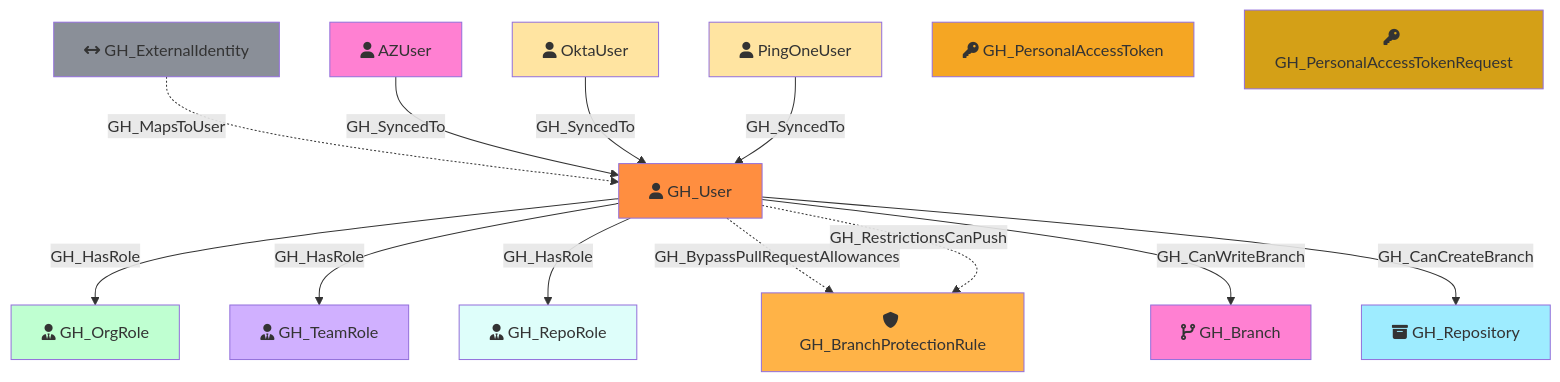
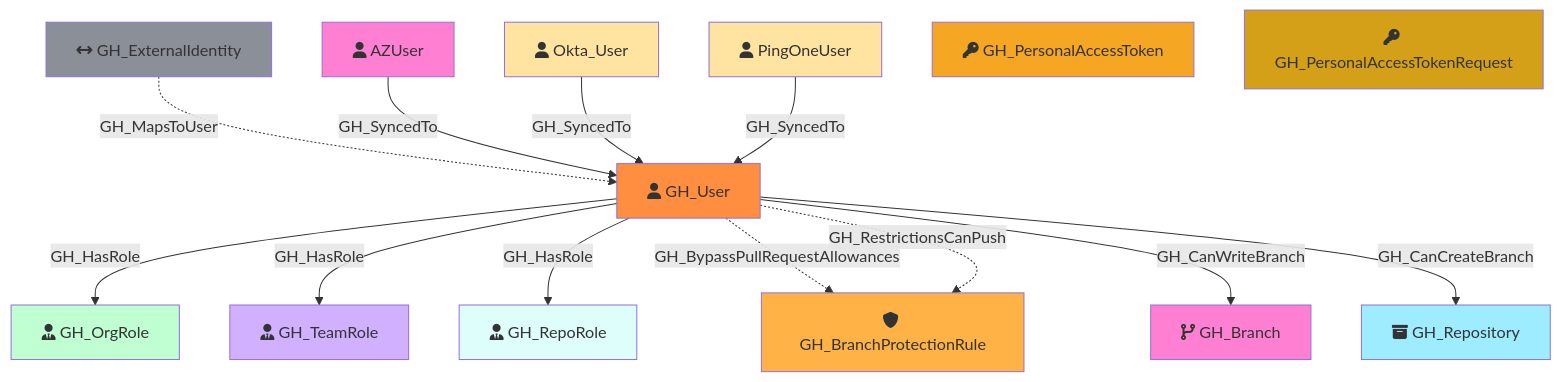
The diagram in Documentation/NodeDescriptions/GH_User.md (SpecterOps/GitHound), drawn with Mermaid before and after one commit. The commit also changed 9 other files, not shown here.

````diff
--- a/Documentation/NodeDescriptions/GH_User.md
+++ b/Documentation/NodeDescriptions/GH_User.md
@@ -51,46 +51,46 @@
 ```mermaid
 flowchart TD
     GH_User[fa:fa-user GH_User]
     GH_OrgRole[fa:fa-user-tie GH_OrgRole]
     GH_RepoRole[fa:fa-user-tie GH_RepoRole]
     GH_TeamRole[fa:fa-user-tie GH_TeamRole]
     GH_Branch[fa:fa-code-branch GH_Branch]
     GH_ExternalIdentity[fa:fa-arrows-left-right GH_ExternalIdentity]
     AZUser[fa:fa-user AZUser]
-    OktaUser[fa:fa-user OktaUser]
+    Okta_User[fa:fa-user Okta_User]
     PingOneUser[fa:fa-user PingOneUser]
 
     style GH_User fill:#FF8E40
     style GH_OrgRole fill:#BFFFD1
     style GH_RepoRole fill:#DEFEFA
     style GH_TeamRole fill:#D0B0FF
     style GH_Branch fill:#FF80D2
     style GH_ExternalIdentity fill:#8A8F98
     style AZUser fill:#FF80D2
-    style OktaUser fill:#FFE4A1
+    style Okta_User fill:#FFE4A1
     style PingOneUser fill:#FFE4A1
 
     GH_PersonalAccessToken[fa:fa-key GH_PersonalAccessToken]
     GH_PersonalAccessTokenRequest[fa:fa-key GH_PersonalAccessTokenRequest]
 
     style GH_PersonalAccessToken fill:#F5A623
     style GH_PersonalAccessTokenRequest fill:#D4A017
 
     GH_BranchProtectionRule[fa:fa-shield GH_BranchProtectionRule]
     GH_Repository[fa:fa-box-archive GH_Repository]
 
     style GH_BranchProtectionRule fill:#FFB347
     style GH_Repository fill:#9EECFF
 
     GH_User -->|GH_HasRole| GH_OrgRole
     GH_User -->|GH_HasRole| GH_TeamRole
     GH_User -->|GH_HasRole| GH_RepoRole
     GH_User -.->|GH_BypassPullRequestAllowances| GH_BranchProtectionRule
     GH_User -.->|GH_RestrictionsCanPush| GH_BranchProtectionRule
     GH_User -->|GH_CanWriteBranch| GH_Branch
     GH_User -->|GH_CanCreateBranch| GH_Repository
     GH_ExternalIdentity -.->|GH_MapsToUser| GH_User
     AZUser -->|GH_SyncedTo| GH_User
-    OktaUser -->|GH_SyncedTo| GH_User
+    Okta_User -->|GH_SyncedTo| GH_User
     PingOneUser -->|GH_SyncedTo| GH_User
 ```
````
